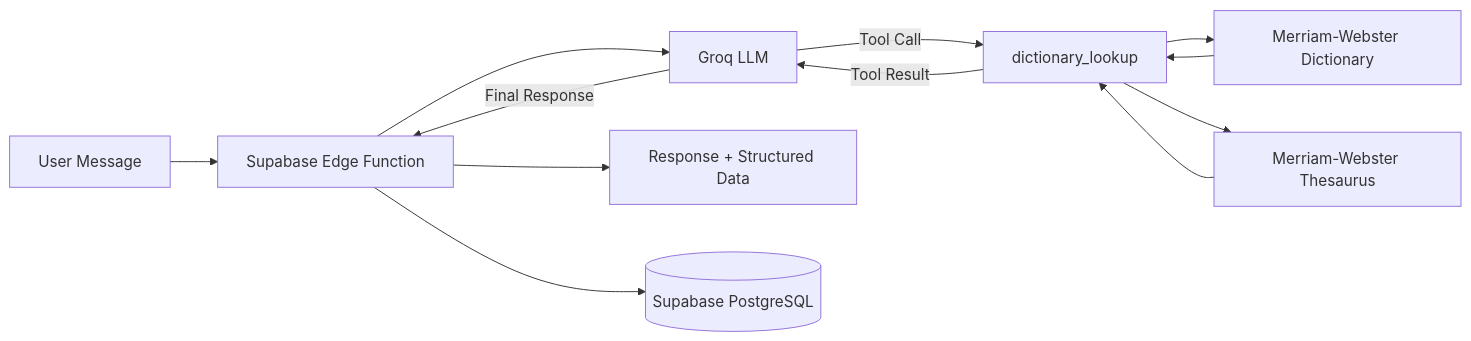
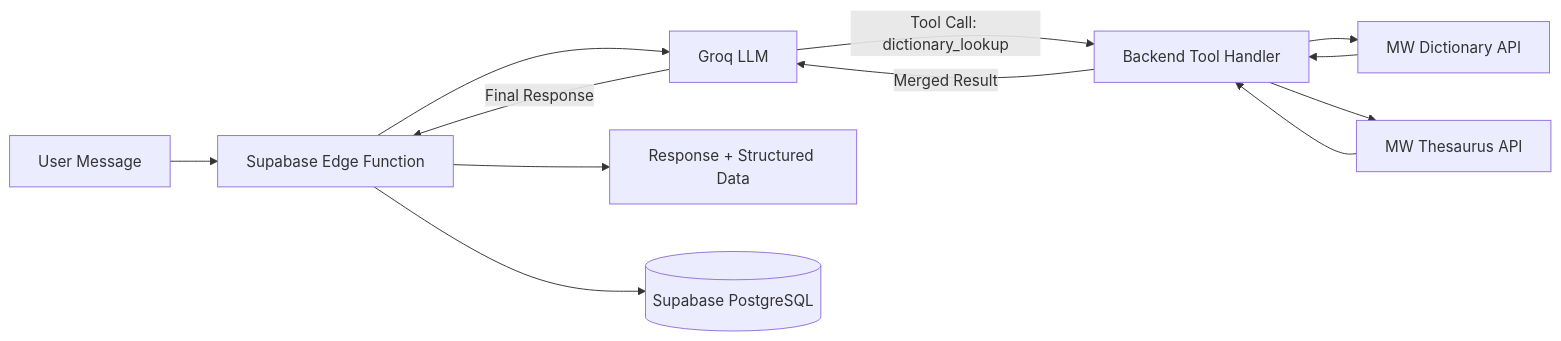
One commit to MSameer7-tech/Lexi-Agent changed the diagram in README.md. Above: the diagram before and after it, drawn with Mermaid. The commit also changed other lines of this file and 2 other files, not shown here.

Commit message:
docs: corrected README with verified technical accuracy, fixed .env.example and ARCHITECTURE.md

````diff
--- a/README.md
+++ b/README.md
@@ -69,14 +71,14 @@
 ```mermaid
 flowchart LR
     A["User Message"] --> B["Supabase Edge Function"]
     B --> C["Groq LLM"]
-    C -->|"Tool Call"| D["dictionary_lookup"]
-    D --> E["Merriam-Webster Dictionary"]
-    D --> F["Merriam-Webster Thesaurus"]
+    C -->|"Tool Call: dictionary_lookup"| D["Backend Tool Handler"]
+    D --> E["MW Dictionary API"]
+    D --> F["MW Thesaurus API"]
     E --> D
     F --> D
-    D -->|"Tool Result"| C
+    D -->|"Merged Result"| C
     C -->|"Final Response"| B
     B --> G["Response + Structured Data"]
     B --> H[("Supabase PostgreSQL")]
 ```
````
